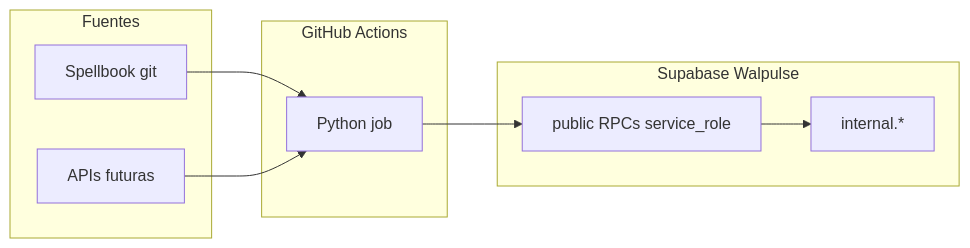
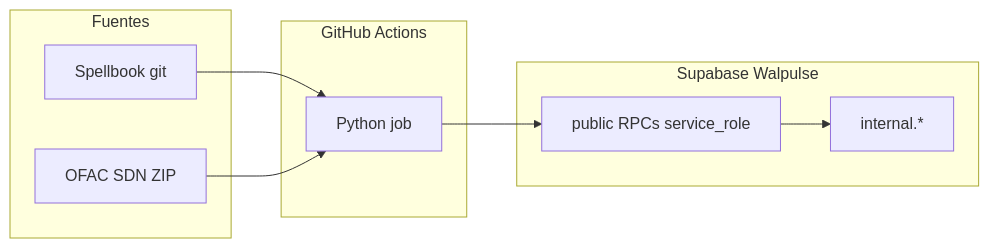
One commit to walpulse/workers changed the diagram in docs/ARCHITECTURE.md. Above: the diagram before and after it, drawn with Mermaid. The commit also changed other lines of this file and 10 other files, not shown here.

First line of the commit message:
Add ofac_sdn worker for OFAC SDN Advanced digital currency addresses.

````diff
--- a/docs/ARCHITECTURE.md
+++ b/docs/ARCHITECTURE.md
@@ -7,17 +7,17 @@
 ```mermaid
 flowchart LR
   subgraph sources [Fuentes]
     SB[Spellbook git]
-    API[APIs futuras]
+    OFAC[OFAC SDN ZIP]
   end
   subgraph gha [GitHub Actions]
     W[Python job]
   end
   subgraph supa [Supabase Walpulse]
     RPC[public RPCs service_role]
     INT[internal.*]
   end
   SB --> W
-  API --> W
+  OFAC --> W
   W --> RPC --> INT
 ```
````
